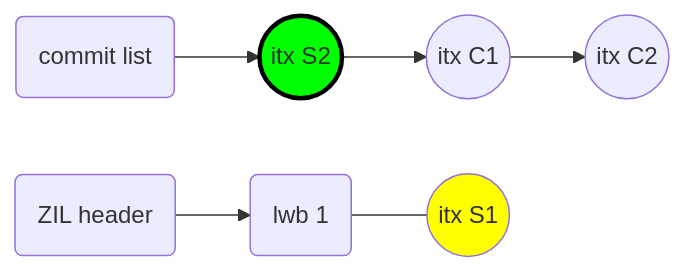
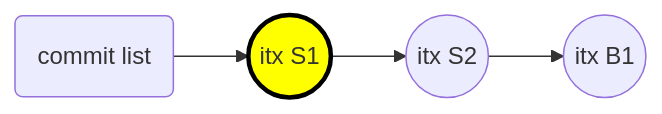
Before and after one commit to prakashsurya/prakashsurya.github.io: the tenth of 44 diagrams in content/post/2017-10-24-zil-performance-how-i-doubled-sync-write-speed.md, drawn with Mermaid. The commit also changed other lines of this file, not shown here.

Commit message:
Edit: ZIL Performance: How I Doubled Sync Write Speed (slides)

```diff
--- a/content/post/2017-10-24-zil-performance-how-i-doubled-sync-write-speed.md
+++ b/content/post/2017-10-24-zil-performance-how-i-doubled-sync-write-speed.md
@@ -443,12 +742,8 @@
 <div class="mermaid">
 graph LR
-  CLIST(commit list) --> SLIST-2((itx S2))
-  SLIST-2            --> OBJ-C-1((itx C1))
-  OBJ-C-1            --> OBJ-C-2((itx C2))
+  CLIST(commit list) --> SLIST-1((itx S1))
+  SLIST-1            --> SLIST-2((itx S2))
+  SLIST-2            --> OBJ-B-1((itx B1))
 
-  HEADER(ZIL header) --> LWB-1(lwb 1)
-  LWB-1              --- SLIST-1((itx S1))
-
-  style SLIST-1 fill:#ffff00
-  style SLIST-2 fill:#00ff00,stroke:#000000,stroke-width:3px
+  style SLIST-1 fill:#ffff00, stroke:#000000, stroke-width:3px
 </div>
```
